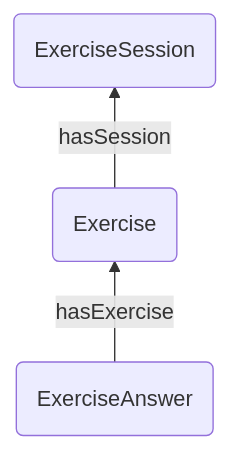
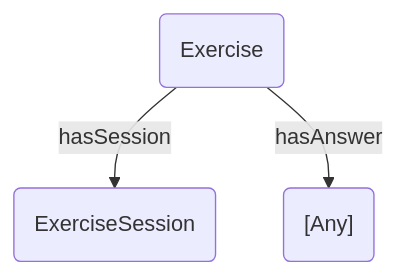
The fifth of 10 diagrams in docs/graph-representation.md (Explik/diybirdyapp), drawn with Mermaid before and after one commit. The commit also changed other lines of this file, not shown here.

Commit message:
Updating graph representation prior to development

````diff
--- a/docs/graph-representation.md
+++ b/docs/graph-representation.md
@@ -60,9 +60,9 @@
 ```mermaid
-graph BT
-V1(Exercise)
-V2(ExerciseSession) 
-V3(ExerciseAnswer)
+graph TB
+ExerciseSession(ExerciseSession) 
+Exercise(Exercise)
+ExerciseAnswer("[Any]")
 
-V1--hasSession-->V2
-V3--hasExercise-->V1
+Exercise--hasSession-->ExerciseSession
+Exercise--hasAnswer-->ExerciseAnswer
 ```
````
